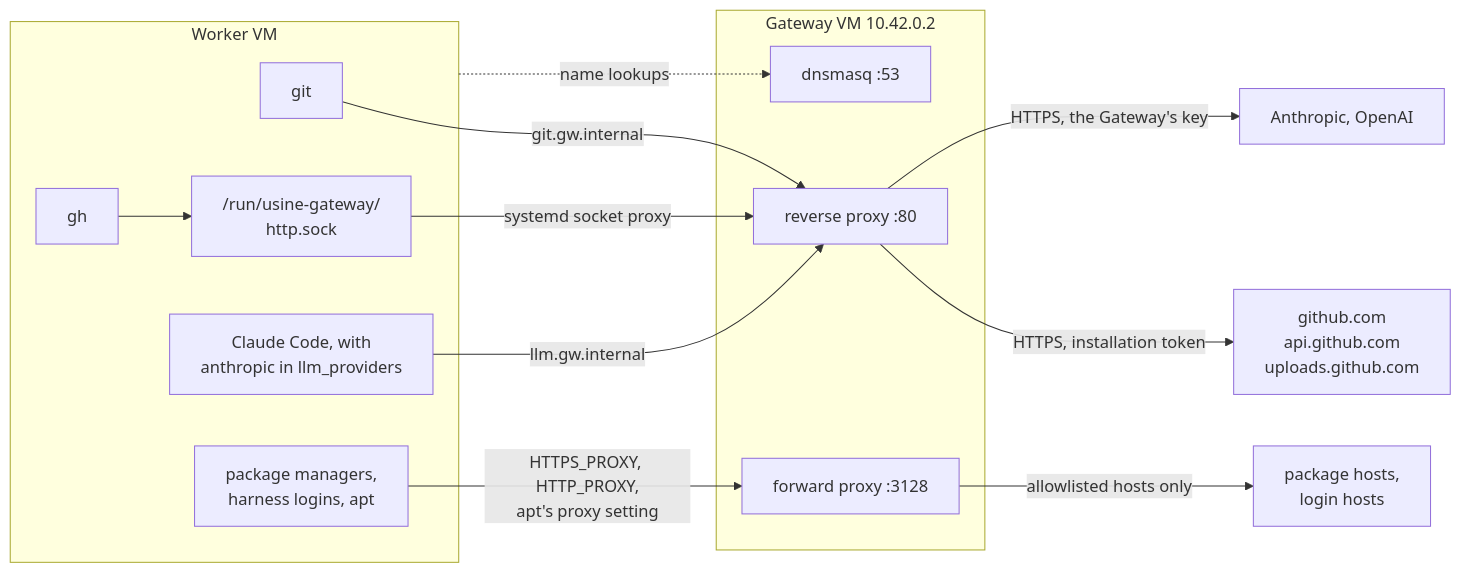
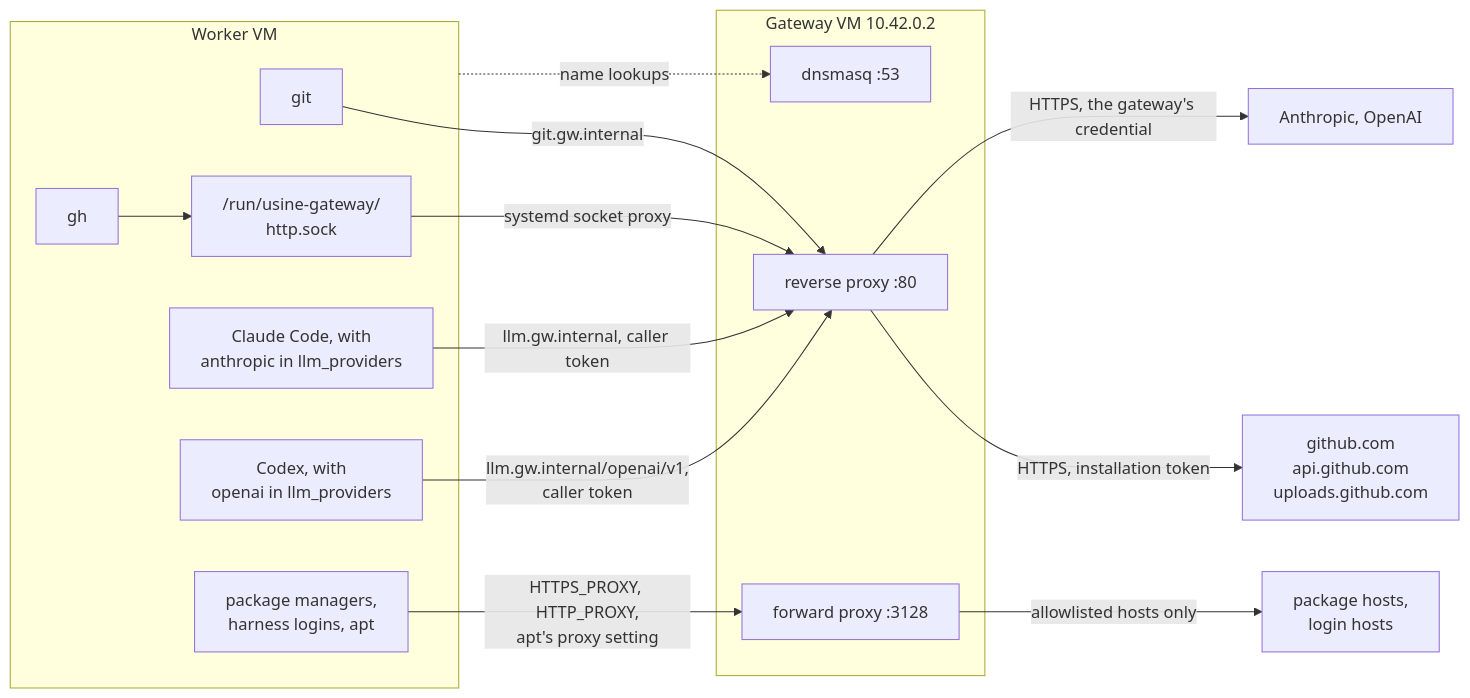
Before and after one commit to basaltbytes/usine: the fifth of 9 diagrams in apps/docs/src/content/docs/architecture/workers-and-gateway.mdx, drawn with Mermaid. The commit also changed other lines of this file and 7 other files, not shown here.

Commit message:
fix: hide Codex resume for gateway credentials

````diff
--- a/apps/docs/src/content/docs/architecture/workers-and-gateway.mdx
+++ b/apps/docs/src/content/docs/architecture/workers-and-gateway.mdx
@@ -347,24 +350,26 @@
 ```mermaid
 flowchart LR
   subgraph worker["Worker VM"]
     git["git"]
     gh["gh"]
     socket["/run/usine-gateway/<br/>http.sock"]
     claude["Claude Code, with<br/>anthropic in llm_providers"]
+    codex["Codex, with<br/>openai in llm_providers"]
     tools["package managers,<br/>harness logins, apt"]
   end
   subgraph gateway["Gateway VM 10.42.0.2"]
     dns["dnsmasq :53"]
     reverse["reverse proxy :80"]
     egress["forward proxy :3128"]
   end
   gh --> socket
   socket -->|"systemd socket proxy"| reverse
   git -->|"git.gw.internal"| reverse
-  claude -->|"llm.gw.internal"| reverse
+  claude -->|"llm.gw.internal, caller token"| reverse
+  codex -->|"llm.gw.internal/openai/v1,<br/>caller token"| reverse
   tools -->|"HTTPS_PROXY, HTTP_PROXY,<br/>apt's proxy setting"| egress
   worker -.->|"name lookups"| dns
   reverse -->|"HTTPS, installation token"| github["github.com<br/>api.github.com<br/>uploads.github.com"]
-  reverse -->|"HTTPS, the Gateway's key"| llm["Anthropic, OpenAI"]
+  reverse -->|"HTTPS, the gateway's credential"| llm["Anthropic, OpenAI"]
   egress -->|"allowlisted hosts only"| hosts["package hosts,<br/>login hosts"]
 ```
````
